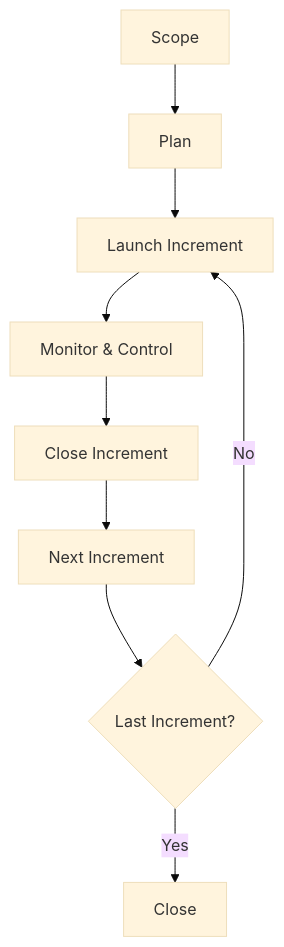
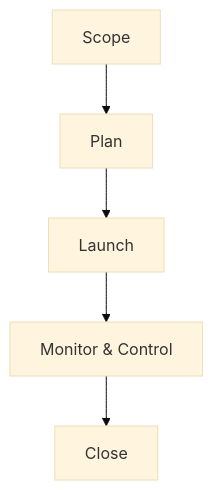
One commit to Oldranda1414/SP2PFL-ProjectManagement changed the second of 2 diagrams in docs/scoping.md. Above: the diagram before and after it, drawn with Mermaid (base theme). The commit also changed other lines of this file and 1 other file, not shown here.

Commit message:
remove iterations from the PMLC

````diff
--- a/docs/scoping.md
+++ b/docs/scoping.md
@@ -606,11 +608,7 @@
 ```mermaid
 flowchart
     A[Scope] --> B[Plan]
-    B --> C[Launch Increment]
+    B --> C[Launch]
     C --> D[Monitor & Control]
-    D --> E[Close Increment]
-    E --> F[Next Increment]
-    F --> G{Last Increment?}
-    G -->|Yes| H[Close]
-    G -->|No| C
+    D --> E[Close]
 ```
````
